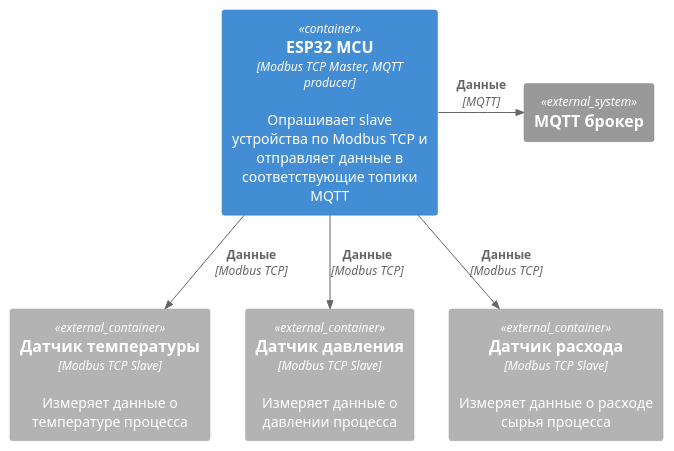
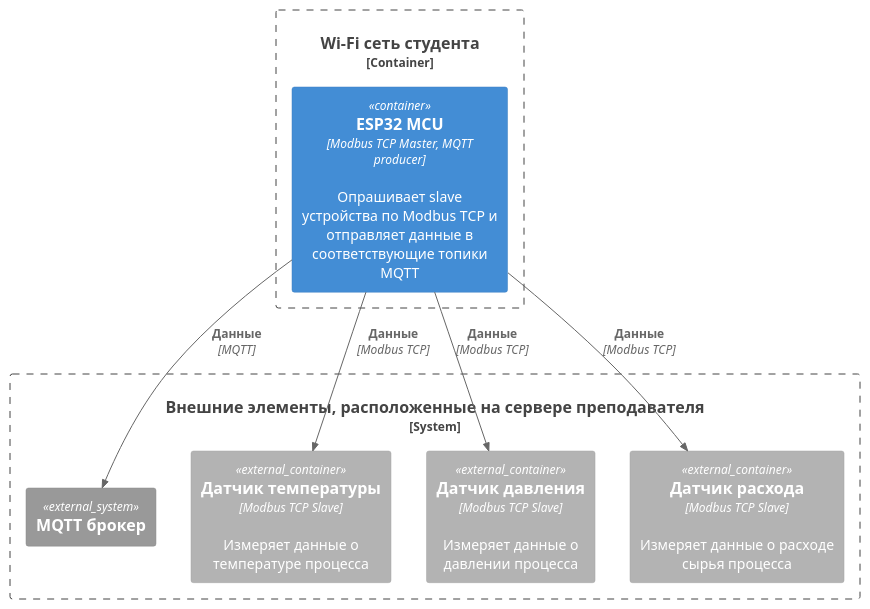
One commit to khudaibirdin/university changed the diagram in micropython/labs/lab_10/static/scheme.puml. Above: the diagram before and after it, drawn with PlantUML. The commit also changed 3 other files, not shown here.

Commit message:
поправка схем

```diff
--- a/micropython/labs/lab_10/static/scheme.puml
+++ b/micropython/labs/lab_10/static/scheme.puml
@@ -1,16 +1,22 @@
 @startuml Scheme
-!include  https://raw.githubusercontent.com/plantuml-stdlib/C4-PlantUML/master/C4_Container.puml
+!include <C4/C4_Container>
 
-Container(esp32, "ESP32 MCU", "Modbus TCP Master, MQTT producer", "Опрашивает slave устройства по Modbus TCP и отправляет данные в соответствующие топики MQTT")
-Container_Ext(node1, "Датчик температуры", "Modbus TCP Slave", "Измеряет данные о температуре процесса")
-Container_Ext(node2, "Датчик давления", "Modbus TCP Slave", "Измеряет данные о давлении процесса")
-Container_Ext(node3, "Датчик расхода", "Modbus TCP Slave", "Измеряет данные о расходе сырья процесса")
+Container_Boundary(esp32_area, "Wi-Fi сеть студента"){
+    Container(esp32, "ESP32 MCU", "Modbus TCP Master, MQTT producer", "Опрашивает slave устройства по Modbus TCP и отправляет данные в соответствующие топики MQTT")
+}
 
-System_Ext(mqtt, "MQTT брокер")
+System_Boundary(nodes_area, "Внешние элементы, расположенные на сервере преподавателя") {
+    Container_Ext(node1, "Датчик температуры", "Modbus TCP Slave", "Измеряет данные о температуре процесса")
+    Container_Ext(node2, "Датчик давления", "Modbus TCP Slave", "Измеряет данные о давлении процесса")
+    Container_Ext(node3, "Датчик расхода", "Modbus TCP Slave", "Измеряет данные о расходе сырья процесса")
+
+    System_Ext(mqtt, "MQTT брокер")
+}
 
 Rel(esp32, node1, "Данные", "Modbus TCP")
 Rel(esp32, node2, "Данные", "Modbus TCP")
 Rel(esp32, node3, "Данные", "Modbus TCP")
 
 Rel_R(esp32, mqtt, "Данные", "MQTT")
+
 @enduml
```
